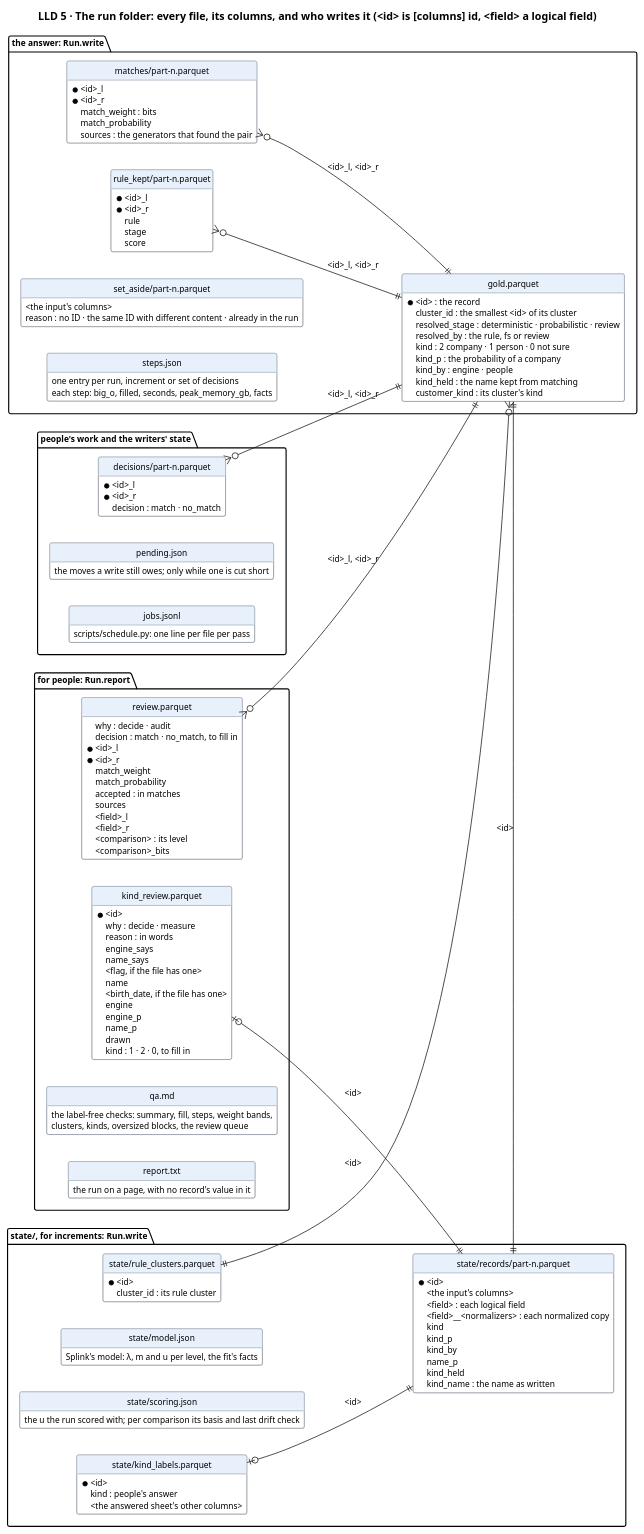
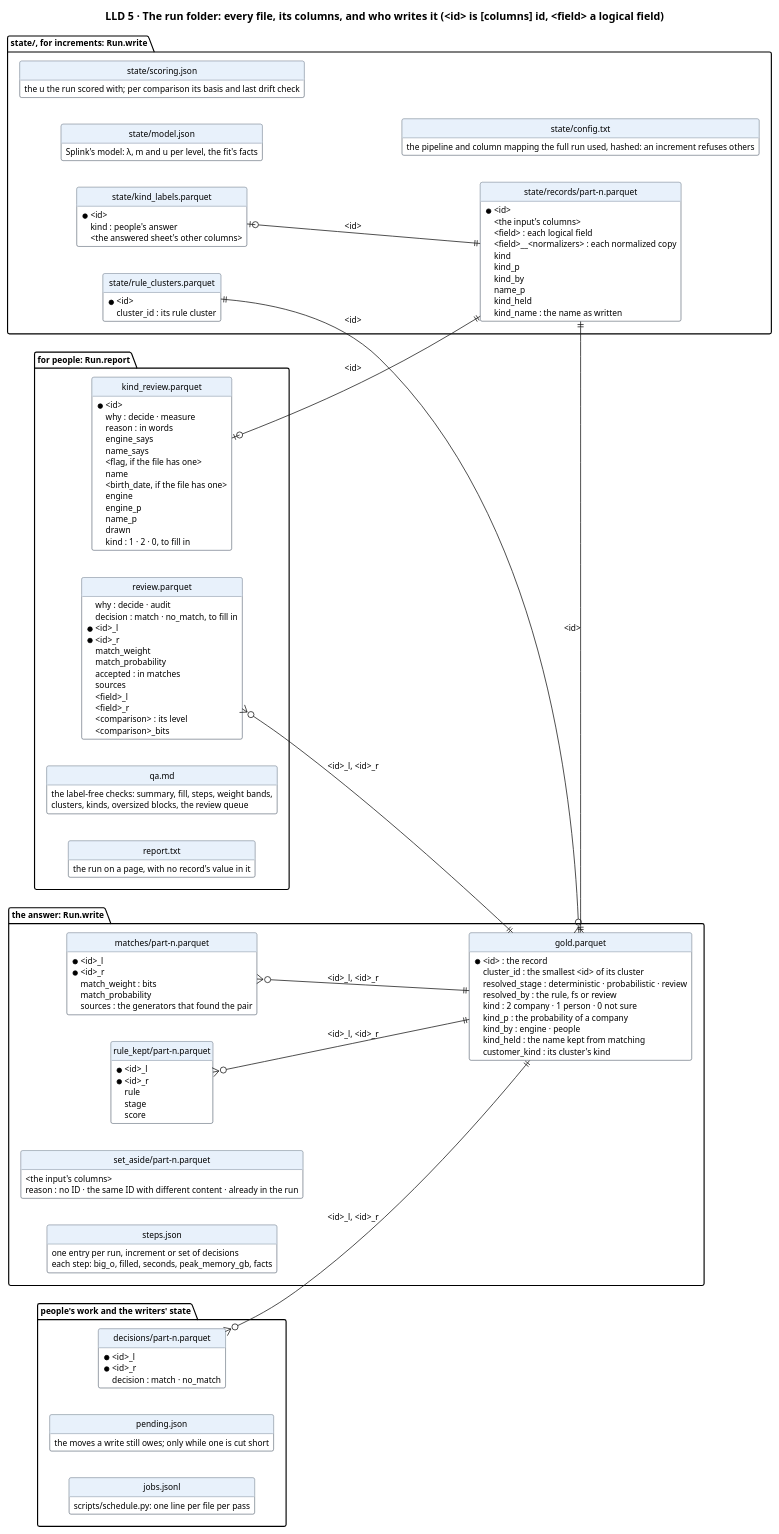
Before and after one commit to mvsbm/entity_matching: the diagram in docs/diagrams/data.puml, drawn with PlantUML. The commit also changed 23 other files, not shown here.

First line of the commit message:
Diagrams a newcomer can read; a run keeps its config; CI

```diff
--- a/docs/diagrams/data.puml
+++ b/docs/diagrams/data.puml
@@ -1,141 +1,144 @@
 @startuml data
 title LLD 5 · The run folder: every file, its columns, and who writes it (<id> is [columns] id, <field> a logical field)
 set namespaceSeparator none
 left to right direction
 hide circle
 hide methods
 skinparam defaultFontSize 11
 skinparam class {
   BackgroundColor #FFFFFF
   BorderColor #65717E
   HeaderBackgroundColor #E8F1FB
 }
 
 package "the answer: Run.write" {
   entity "gold.parquet" as gold {
     * <id> : the record
     cluster_id : the smallest <id> of its cluster
     resolved_stage : deterministic · probabilistic · review
     resolved_by : the rule, fs or review
     kind : 2 company · 1 person · 0 not sure
     kind_p : the probability of a company
     kind_by : engine · people
     kind_held : the name kept from matching
     customer_kind : its cluster's kind
   }
   entity "matches/part-n.parquet" as matches {
     * <id>_l
     * <id>_r
     match_weight : bits
     match_probability
     sources : the generators that found the pair
   }
   entity "rule_kept/part-n.parquet" as rule_kept {
     * <id>_l
     * <id>_r
     rule
     stage
     score
   }
   entity "set_aside/part-n.parquet" as set_aside {
     <the input's columns>
     reason : no ID · the same ID with different content · already in the run
   }
   entity "steps.json" as steps {
     one entry per run, increment or set of decisions
     each step: big_o, filled, seconds, peak_memory_gb, facts
   }
 }
 
 package "state/, for increments: Run.write" {
   entity "state/records/part-n.parquet" as records {
     * <id>
     <the input's columns>
     <field> : each logical field
     <field>__<normalizers> : each normalized copy
     kind
     kind_p
     kind_by
     name_p
     kind_held
     kind_name : the name as written
   }
   entity "state/rule_clusters.parquet" as rule_clusters {
     * <id>
     cluster_id : its rule cluster
   }
   entity "state/model.json" as model {
     Splink's model: λ, m and u per level, the fit's facts
   }
   entity "state/scoring.json" as scoring {
     the u the run scored with; per comparison its basis and last drift check
   }
+  entity "state/config.txt" as config {
+    the pipeline and column mapping the full run used, hashed: an increment refuses others
+  }
   entity "state/kind_labels.parquet" as kind_labels {
     * <id>
     kind : people's answer
     <the answered sheet's other columns>
   }
 }
 
 package "for people: Run.report" {
   entity "review.parquet" as review {
     why : decide · audit
     decision : match · no_match, to fill in
     * <id>_l
     * <id>_r
     match_weight
     match_probability
     accepted : in matches
     sources
     <field>_l
     <field>_r
     <comparison> : its level
     <comparison>_bits
   }
   entity "kind_review.parquet" as kind_review {
     * <id>
     why : decide · measure
     reason : in words
     engine_says
     name_says
     <flag, if the file has one>
     name
     <birth_date, if the file has one>
     engine
     engine_p
     name_p
     drawn
     kind : 1 · 2 · 0, to fill in
   }
   entity "qa.md" as qa {
     the label-free checks: summary, fill, steps, weight bands,
     clusters, kinds, oversized blocks, the review queue
   }
   entity "report.txt" as report {
     the run on a page, with no record's value in it
   }
 }
 
 package "people's work and the writers' state" {
   entity "decisions/part-n.parquet" as decisions {
     * <id>_l
     * <id>_r
     decision : match · no_match
   }
   entity "pending.json" as pending {
     the moves a write still owes; only while one is cut short
   }
   entity "jobs.jsonl" as jobs {
     scripts/schedule.py: one line per file per pass
   }
 }
 
 gold }o--|| rule_clusters : <id>
 matches }o--|| gold : <id>_l, <id>_r
 rule_kept }o--|| gold : <id>_l, <id>_r
 records ||--|| gold : <id>
 kind_labels |o--|| records : <id>
 review }o--|| gold : <id>_l, <id>_r
 kind_review |o--|| records : <id>
 decisions }o--|| gold : <id>_l, <id>_r
 @enduml
```
